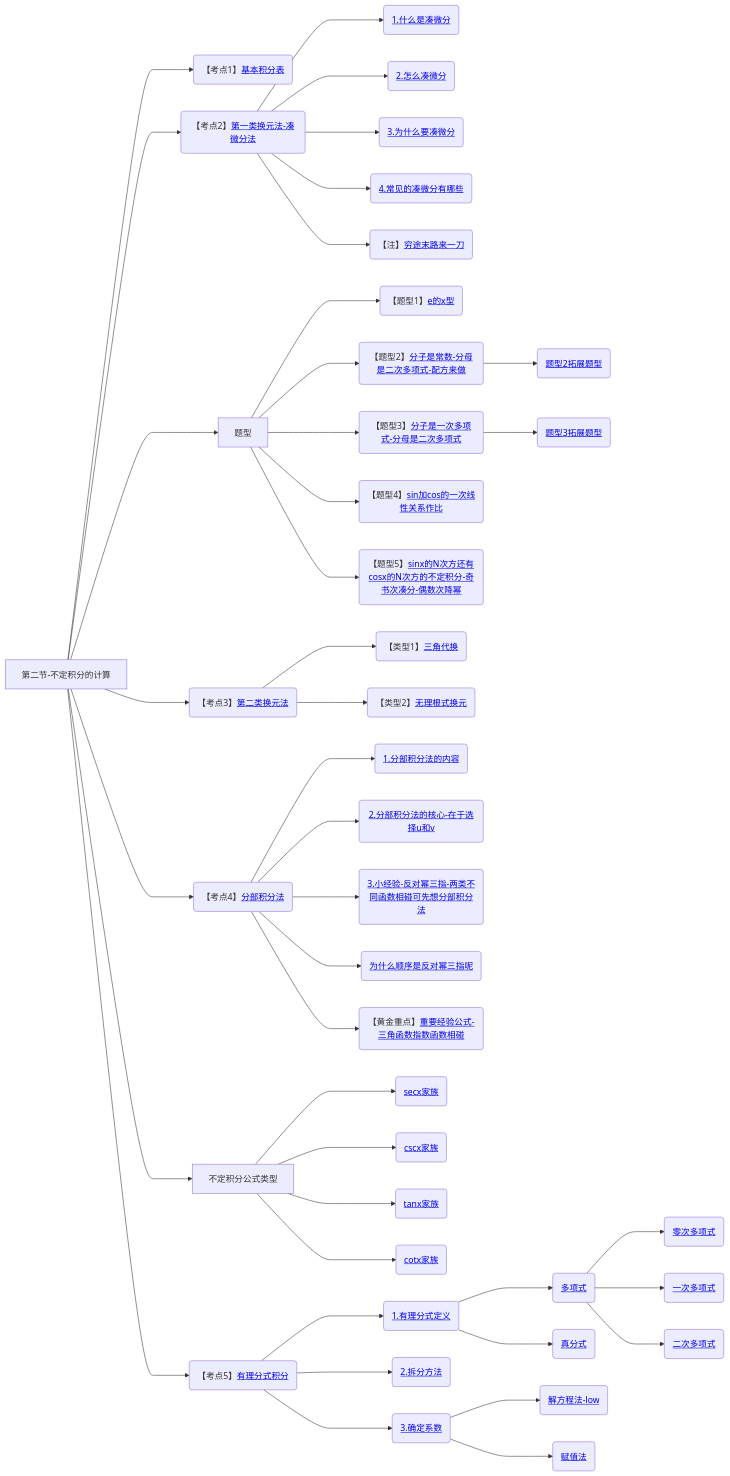
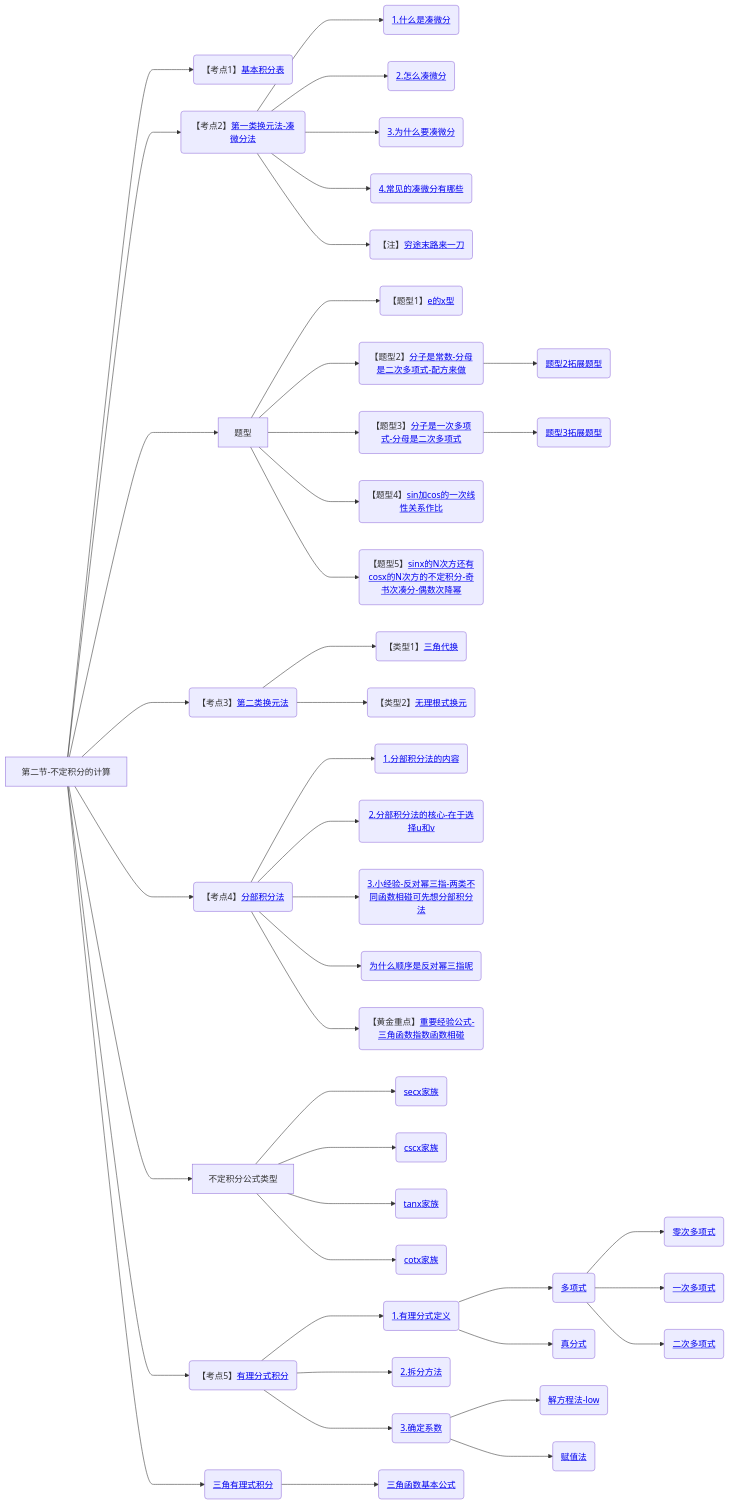
Diagram 18 of 18 in 笔记/数学/周洋鑫/01.基础班思维导图.md (yuebinghui/note), drawn with Mermaid before and after one commit. The commit also changed 7 other files, not shown here.

````diff
--- a/笔记/数学/周洋鑫/01.基础班思维导图.md
+++ b/笔记/数学/周洋鑫/01.基础班思维导图.md
@@ -625,51 +625,54 @@
 ```mermaid
 graph LR
 第二节-不定积分的计算
 
 第二节-不定积分的计算--->基本积分表(【考点1】<a href="/Users/yuebinghui/Documents/program/github/note/笔记/数学/周洋鑫/基础班/18.不定积分_1.md#基本积分表">基本积分表</>)
 
 第二节-不定积分的计算--->第一类换元法-凑微分法(【考点2】<a href="/Users/yuebinghui/Documents/program/github/note/笔记/数学/周洋鑫/基础班/18.不定积分_1.md#第一类换元法-凑微分法">第一类换元法-凑微分法</>)
 第一类换元法-凑微分法--->1.什么是凑微分(<a href="/Users/yuebinghui/Documents/program/github/note/笔记/数学/周洋鑫/基础班/18.不定积分_1.md#1.什么是凑微分">1.什么是凑微分</>)
 第一类换元法-凑微分法--->2.怎么凑微分(<a href="/Users/yuebinghui/Documents/program/github/note/笔记/数学/周洋鑫/基础班/18.不定积分_1.md#2.怎么凑微分">2.怎么凑微分</>)
 第一类换元法-凑微分法--->3.为什么要凑微分(<a href="/Users/yuebinghui/Documents/program/github/note/笔记/数学/周洋鑫/基础班/18.不定积分_1.md#3.为什么要凑微分">3.为什么要凑微分</>)
 第一类换元法-凑微分法--->4.常见的凑微分有哪些(<a href="/Users/yuebinghui/Documents/program/github/note/笔记/数学/周洋鑫/基础班/18.不定积分_1.md#4.常见的凑微分有哪些">4.常见的凑微分有哪些</>)
 第一类换元法-凑微分法--->穷途末路来一刀(【注】<a href="/Users/yuebinghui/Documents/program/github/note/笔记/数学/周洋鑫/基础班/18.不定积分_1.md#穷途末路来一刀">穷途末路来一刀</>)
 
 第二节-不定积分的计算--->题型
 题型--->e的x型(【题型1】<a href="/Users/yuebinghui/Documents/program/github/note/笔记/数学/周洋鑫/基础班/18.不定积分_1.md#e的x型">e的x型</>)
 题型--->分子是常数-分母是二次多项式-配方来做(【题型2】<a href="/Users/yuebinghui/Documents/program/github/note/笔记/数学/周洋鑫/基础班/19.不定积分_2.md#分子是常数-分母是二次多项式-配方来做">分子是常数-分母是二次多项式-配方来做</>)
 分子是常数-分母是二次多项式-配方来做--->题型2拓展题型(<a href="/Users/yuebinghui/Documents/program/github/note/笔记/数学/周洋鑫/基础班/19.不定积分_2.md#题型2拓展题型">题型2拓展题型</>)
 题型--->分子是一次多项式-分母是二次多项式(【题型3】<a href="/Users/yuebinghui/Documents/program/github/note/笔记/数学/周洋鑫/基础班/19.不定积分_2.md#分子是一次多项式-分母是二次多项式">分子是一次多项式-分母是二次多项式</>)
 分子是一次多项式-分母是二次多项式--->题型3拓展题型(<a href="/Users/yuebinghui/Documents/program/github/note/笔记/数学/周洋鑫/基础班/19.不定积分_2.md#题型3拓展题型">题型3拓展题型</>)
 题型--->sin加cos的一次线性关系作比(【题型4】<a href="/Users/yuebinghui/Documents/program/github/note/笔记/数学/周洋鑫/基础班/19.不定积分_2.md#sin加cos的一次线性关系作比">sin加cos的一次线性关系作比</>)
 题型--->sinx的N次方还有cosx的N次方的不定积分-奇书次凑分-偶数次降幂(【题型5】<a href="/Users/yuebinghui/Documents/program/github/note/笔记/数学/周洋鑫/基础班/19.不定积分_2.md#sinx的N次方还有cosx的N次方的不定积分-奇书次凑分-偶数次降幂">sinx的N次方还有cosx的N次方的不定积分-奇书次凑分-偶数次降幂</>)
 
 第二节-不定积分的计算--->第二类换元法(【考点3】<a href="/Users/yuebinghui/Documents/program/github/note/笔记/数学/周洋鑫/基础班/19.不定积分_2.md#第二类换元法">第二类换元法</>)
 第二类换元法--->三角代换(【类型1】<a href="/Users/yuebinghui/Documents/program/github/note/笔记/数学/周洋鑫/基础班/19.不定积分_2.md#三角代换">三角代换</>)
 第二类换元法--->无理根式换元(【类型2】<a href="/Users/yuebinghui/Documents/program/github/note/笔记/数学/周洋鑫/基础班/19.不定积分_2.md#无理根式换元">无理根式换元</>)
 
 第二节-不定积分的计算--->分部积分法(【考点4】<a href="/Users/yuebinghui/Documents/program/github/note/笔记/数学/周洋鑫/基础班/19.不定积分_2.md#分部积分法">分部积分法</>)
 分部积分法--->1.分部积分法的内容(<a href="/Users/yuebinghui/Documents/program/github/note/笔记/数学/周洋鑫/基础班/19.不定积分_2.md#1.分部积分法的内容">1.分部积分法的内容</>)
 分部积分法--->2.分部积分法的核心-在于选择u和v(<a href="/Users/yuebinghui/Documents/program/github/note/笔记/数学/周洋鑫/基础班/19.不定积分_2.md#2.分部积分法的核心-在于选择u和v">2.分部积分法的核心-在于选择u和v</>)
 分部积分法--->3.小经验-反对幂三指-两类不同函数相碰可先想分部积分法(<a href="/Users/yuebinghui/Documents/program/github/note/笔记/数学/周洋鑫/基础班/19.不定积分_2.md#3.小经验-反对幂三指-两类不同函数相碰可先想分部积分法">3.小经验-反对幂三指-两类不同函数相碰可先想分部积分法</>)
 分部积分法--->为什么顺序是反对幂三指呢(<a href="/Users/yuebinghui/Documents/program/github/note/笔记/数学/周洋鑫/基础班/19.不定积分_2.md#为什么顺序是反对幂三指呢">为什么顺序是反对幂三指呢</>)
 分部积分法--->重要经验公式-三角函数指数函数相碰(【黄金重点】<a href="/Users/yuebinghui/Documents/program/github/note/笔记/数学/周洋鑫/基础班/19.不定积分_2.md#重要经验公式-三角函数指数函数相碰">重要经验公式-三角函数指数函数相碰</>)
 
 第二节-不定积分的计算--->不定积分公式类型
 不定积分公式类型--->secx家族(<a href="/Users/yuebinghui/Documents/program/github/note/笔记/数学/周洋鑫/基础班/20.不定积分_3.md#secx家族">secx家族</>)
 不定积分公式类型--->cscx家族(<a href="/Users/yuebinghui/Documents/program/github/note/笔记/数学/周洋鑫/基础班/20.不定积分_3.md#cscx家族">cscx家族</>)
 不定积分公式类型--->tanx家族(<a href="/Users/yuebinghui/Documents/program/github/note/笔记/数学/周洋鑫/基础班/20.不定积分_3.md#tanx家族">tanx家族</>)
 不定积分公式类型--->cotx家族(<a href="/Users/yuebinghui/Documents/program/github/note/笔记/数学/周洋鑫/基础班/20.不定积分_3.md#cotx家族">cotx家族</>)
 
 第二节-不定积分的计算--->有理分式积分(【考点5】<a href="/Users/yuebinghui/Documents/program/github/note/笔记/数学/周洋鑫/基础班/20.不定积分_3.md#有理分式积分">有理分式积分</>)
 有理分式积分--->1.有理分式定义(<a href="/Users/yuebinghui/Documents/program/github/note/笔记/数学/周洋鑫/基础班/20.不定积分_3.md#1.有理分式定义">1.有理分式定义</>)
 1.有理分式定义--->多项式(<a href="/Users/yuebinghui/Documents/program/github/note/笔记/数学/周洋鑫/基础班/20.不定积分_3.md#多项式">多项式</>)
 多项式--->零次多项式(<a href="/Users/yuebinghui/Documents/program/github/note/笔记/数学/周洋鑫/基础班/20.不定积分_3.md#零次多项式">零次多项式</>)
 多项式--->一次多项式(<a href="/Users/yuebinghui/Documents/program/github/note/笔记/数学/周洋鑫/基础班/20.不定积分_3.md#一次多项式">一次多项式</>)
 多项式--->二次多项式(<a href="/Users/yuebinghui/Documents/program/github/note/笔记/数学/周洋鑫/基础班/20.不定积分_3.md#二次多项式">二次多项式</>)
 1.有理分式定义--->真分式(<a href="/Users/yuebinghui/Documents/program/github/note/笔记/数学/周洋鑫/基础班/20.不定积分_3.md#真分式">真分式</>)
 有理分式积分--->2.拆分方法(<a href="/Users/yuebinghui/Documents/program/github/note/笔记/数学/周洋鑫/基础班/20.不定积分_3.md#2.拆分方法">2.拆分方法</>)
 有理分式积分--->3.确定系数(<a href="/Users/yuebinghui/Documents/program/github/note/笔记/数学/周洋鑫/基础班/20.不定积分_3.md#3.确定系数">3.确定系数</>)
 3.确定系数--->解方程法-low(<a href="/Users/yuebinghui/Documents/program/github/note/笔记/数学/周洋鑫/基础班/20.不定积分_3.md#解方程法-low">解方程法-low</>)
 3.确定系数--->赋值法(<a href="/Users/yuebinghui/Documents/program/github/note/笔记/数学/周洋鑫/基础班/20.不定积分_3.md#赋值法">赋值法</>)
+
+第二节-不定积分的计算--->三角有理式积分(<a href="/Users/yuebinghui/Documents/program/github/note/笔记/数学/周洋鑫/基础班/20.不定积分_3.md#三角有理式积分">三角有理式积分</>)
+三角有理式积分--->三角函数基本公式(<a href="/Users/yuebinghui/Documents/program/github/note/笔记/数学/周洋鑫/基础班/20.不定积分_3.md#三角函数基本公式">三角函数基本公式</>)
 ```
````
